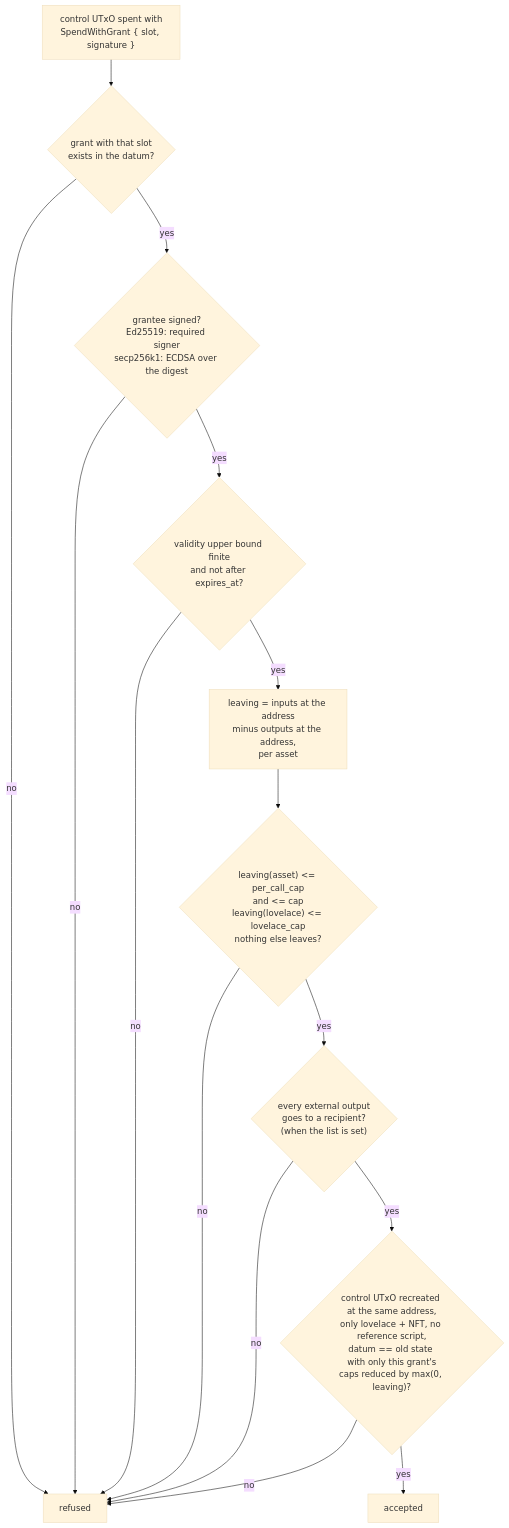
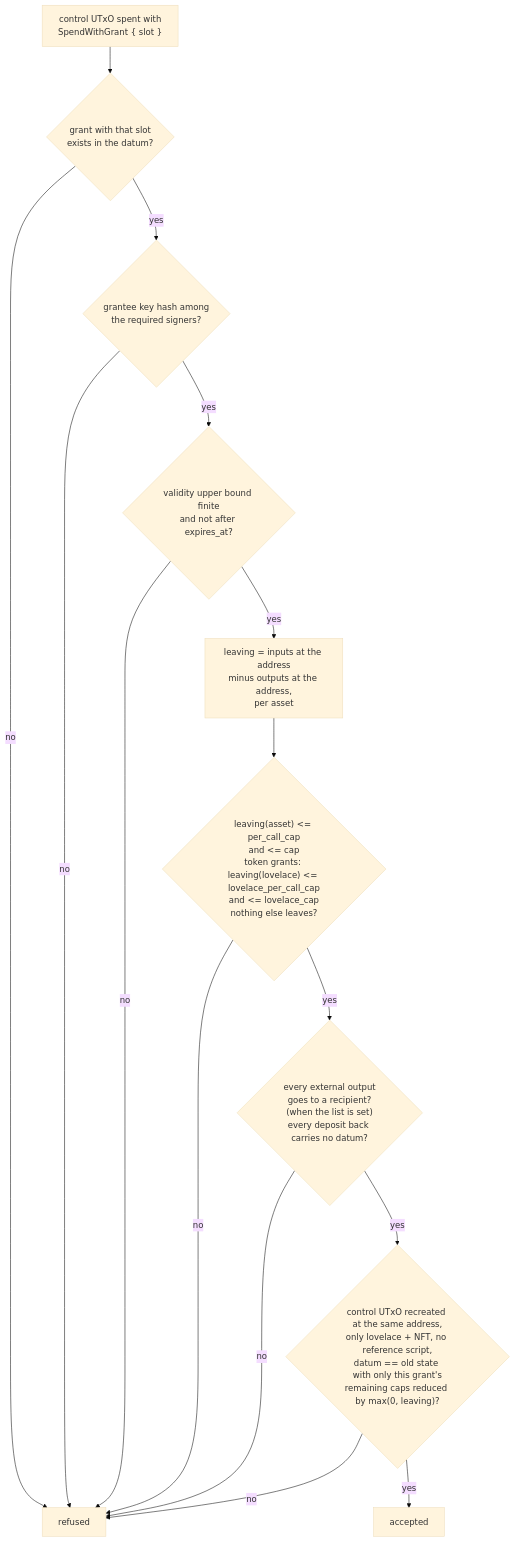
One commit to Biglup/cardano-account-custody-contract changed the fourth of 5 diagrams in README.md. Above: the diagram before and after it, drawn with Mermaid (base theme). The commit also changed other lines of this file and 1 other file, not shown here.

Commit message:
docs: describe the stake credential, permanence and the final grant model

````diff
--- a/README.md
+++ b/README.md
@@ -106,17 +154,17 @@
 ```mermaid
 flowchart TD
-    A["control UTxO spent with<br/>SpendWithGrant { slot, signature }"] --> B{"grant with that slot<br/>exists in the datum?"}
+    A["control UTxO spent with<br/>SpendWithGrant { slot }"] --> B{"grant with that slot<br/>exists in the datum?"}
     B -- no --> X["refused"]
-    B -- yes --> C{"grantee signed?<br/>Ed25519: required signer<br/>secp256k1: ECDSA over the digest"}
+    B -- yes --> C{"grantee key hash among<br/>the required signers?"}
     C -- no --> X
     C -- yes --> D{"validity upper bound finite<br/>and not after expires_at?"}
     D -- no --> X
     D -- yes --> E["leaving = inputs at the address<br/>minus outputs at the address,<br/>per asset"]
-    E --> F{"leaving(asset) <= per_call_cap<br/>and <= cap<br/>leaving(lovelace) <= lovelace_cap<br/>nothing else leaves?"}
+    E --> F{"leaving(asset) <= per_call_cap<br/>and <= cap<br/>token grants: leaving(lovelace) <= lovelace_per_call_cap<br/>and <= lovelace_cap<br/>nothing else leaves?"}
     F -- no --> X
-    F -- yes --> G{"every external output<br/>goes to a recipient?<br/>(when the list is set)"}
+    F -- yes --> G{"every external output<br/>goes to a recipient?<br/>(when the list is set)<br/>every deposit back carries no datum?"}
     G -- no --> X
-    G -- yes --> H{"control UTxO recreated at the same address,<br/>only lovelace + NFT, no reference script,<br/>datum == old state with only this grant's<br/>caps reduced by max(0, leaving)?"}
+    G -- yes --> H{"control UTxO recreated at the same address,<br/>only lovelace + NFT, no reference script,<br/>datum == old state with only this grant's<br/>remaining caps reduced by max(0, leaving)?"}
     H -- no --> X
     H -- yes --> OK["accepted"]
 ```
````
